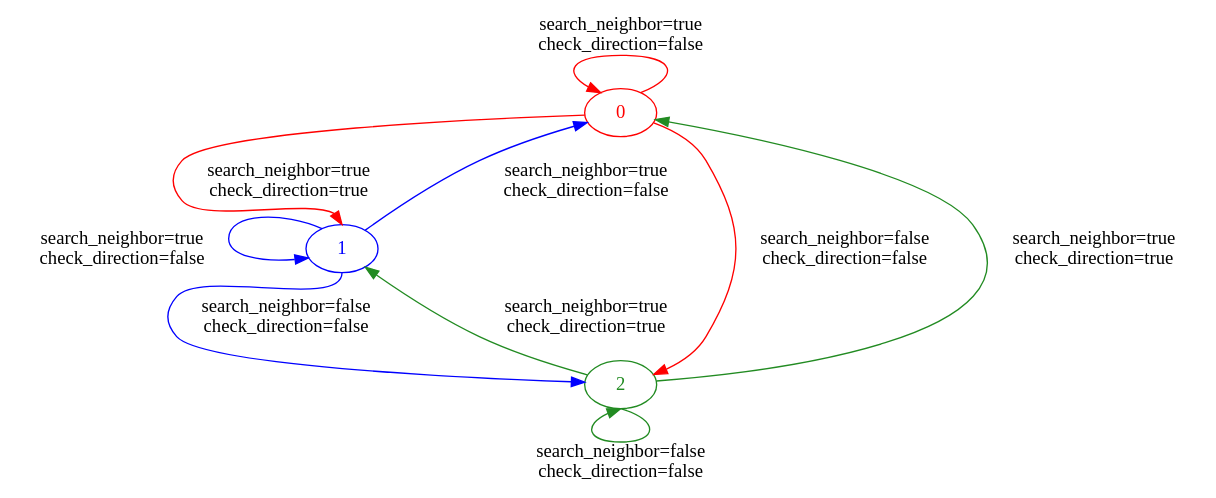
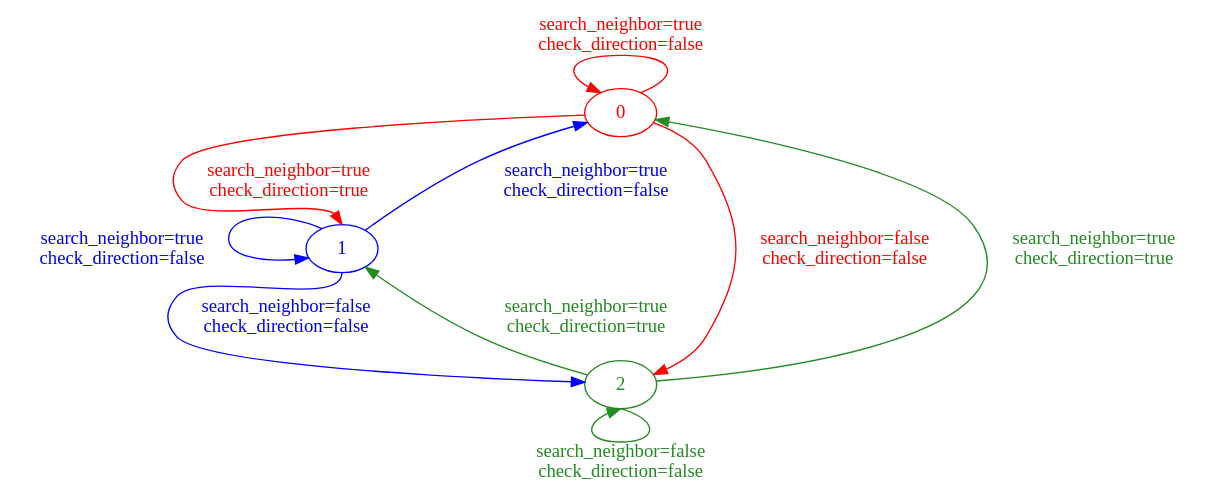
Before and after one commit to ovgu-FINken/paparazzi_pre_merge: the diagram in 1_documentation/state_machine.dot, drawn with Graphviz. The commit also changed 1 other file, not shown here.

```diff
--- a/1_documentation/state_machine.dot
+++ b/1_documentation/state_machine.dot
@@ -1,27 +1,27 @@
 digraph FSM {
 	{
 	0 [fontcolor=red color=red]
 	1 [fontcolor=blue color= blue]
 	2 [fontcolor=forestgreen color= forestgreen]
 	}
 
 	nodesep=0.8;
 	
-	0:ne -> 0:nw [label="search_neighbor=true\ncheck_direction=false" color=red];
+	0:ne -> 0:nw [label="search_neighbor=true\ncheck_direction=false" color=red fontcolor=red];
 	
-	0 -> 1:n [label="search_neighbor=true\ncheck_direction=true" color=red];
+	0 -> 1:n [label="search_neighbor=true\ncheck_direction=true" color=red fontcolor=red];
 
-	0 -> 2 [label="search_neighbor=false\ncheck_direction=false" color=red];
+	0 -> 2 [label="search_neighbor=false\ncheck_direction=false" color=red fontcolor=red];
 
-	1 -> 0 [label="search_neighbor=true\ncheck_direction=false" color=blue];
+	1 -> 0 [label="search_neighbor=true\ncheck_direction=false" color=blue fontcolor=blue];
 
-	1:nw -> 1 [label="search_neighbor=true\ncheck_direction=false" color=blue];
+	1:nw -> 1 [label="search_neighbor=true\ncheck_direction=false" color=blue fontcolor=blue];
 	
-	1:s -> 2 [label="search_neighbor=false\ncheck_direction=false" color=blue];
+	1:s -> 2 [label="search_neighbor=false\ncheck_direction=false" color=blue fontcolor=blue];
 
-	2 -> 0 [label="search_neighbor=true\ncheck_direction=true" color=forestgreen];
+	2 -> 0 [label="search_neighbor=true\ncheck_direction=true" color=forestgreen fontcolor=forestgreen];
 
-	2 -> 1 [label="search_neighbor=true\ncheck_direction=true" color=forestgreen];
+	2 -> 1 [label="search_neighbor=true\ncheck_direction=true" color=forestgreen fontcolor=forestgreen];
 
-	2:s -> 2:s [label="search_neighbor=false\ncheck_direction=false" color=forestgreen];
+	2:s -> 2:s [label="search_neighbor=false\ncheck_direction=false" color=forestgreen fontcolor=forestgreen];
 }
```
